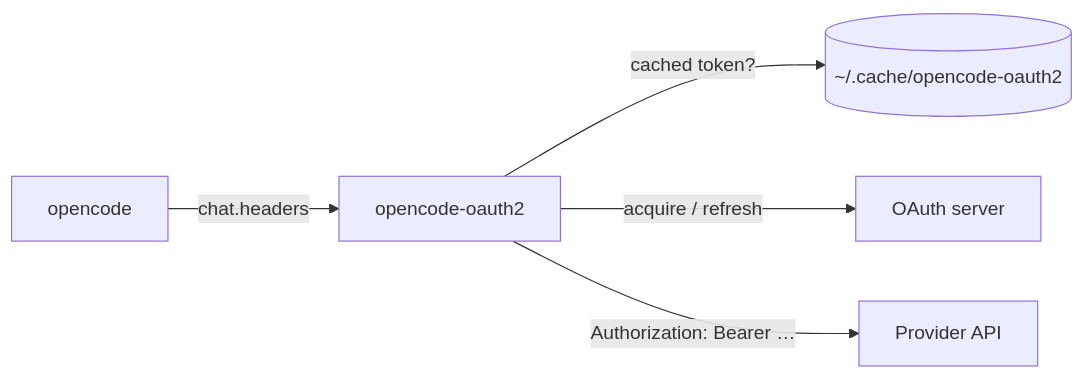
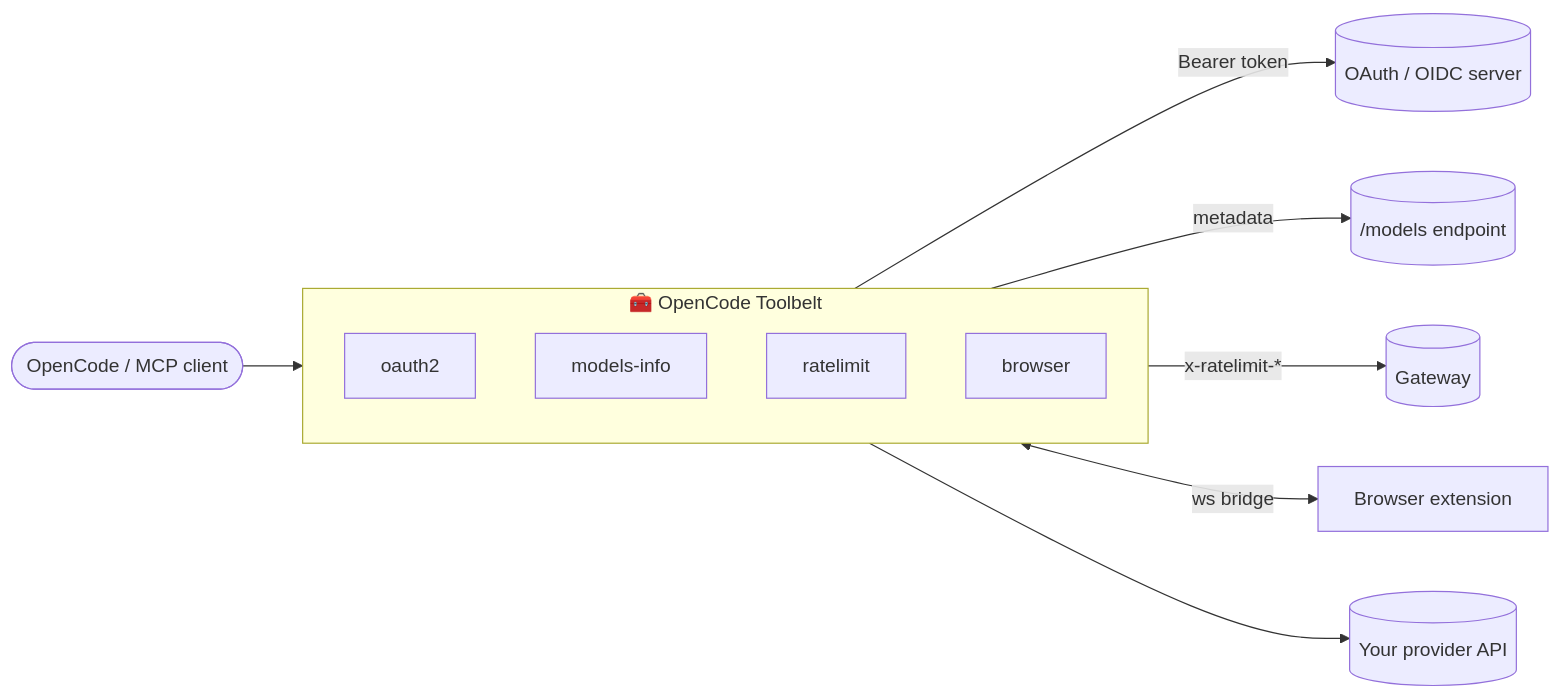
One commit to vymalo/opencode-oauth2 changed the diagram in README.md. Above: the diagram before and after it, drawn with Mermaid. The commit also changed other lines of this file and 1 other file, not shown here.

First line of the commit message:
docs: rebrand README as "OpenCode Toolbelt" suite (#51)

````diff
--- a/README.md
+++ b/README.md
@@ -14,7 +39,17 @@
 ```mermaid
 flowchart LR
-    OC[opencode] -->|chat.headers| Plugin[opencode-oauth2]
-    Plugin -->|cached token?| Cache[(~/.cache/opencode-oauth2)]
-    Plugin -->|acquire / refresh| IdP[OAuth server]
-    Plugin -->|Authorization: Bearer …| Upstream[Provider API]
+    OC([OpenCode / MCP client])
+    subgraph belt[🧰 OpenCode Toolbelt]
+        direction TB
+        A[oauth2]
+        M[models-info]
+        R[ratelimit]
+        B[browser]
+    end
+    OC --> belt
+    A -->|Bearer token| IdP[(OAuth / OIDC server)]
+    M -->|metadata| Meta[(/models endpoint)]
+    R -->|x-ratelimit-*| GW[(Gateway)]
+    B <-->|ws bridge| Ext[Browser extension]
+    belt --> Up[(Your provider API)]
 ```
````
